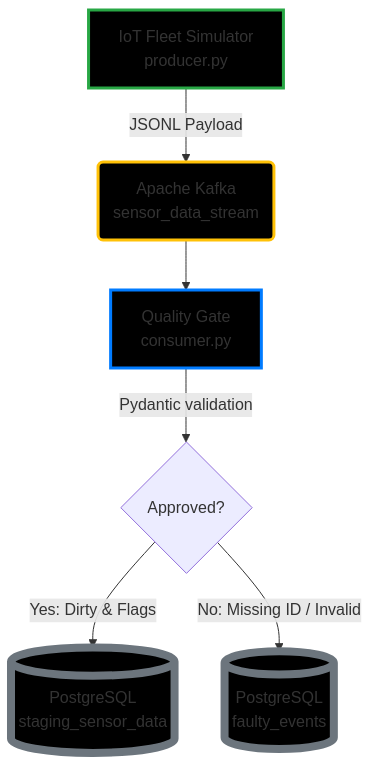
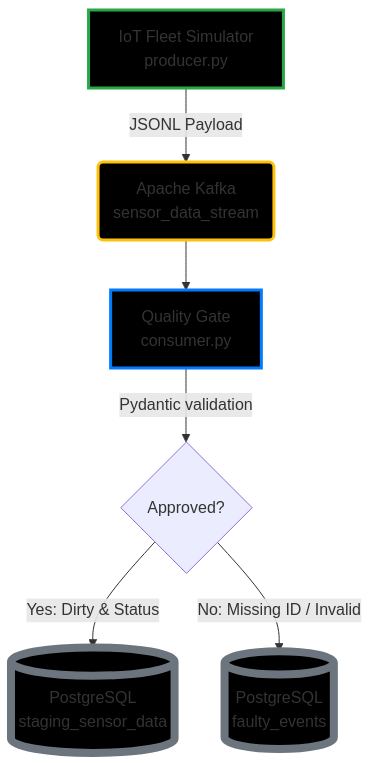
Before and after one commit to JohnnyHyytiainen/group_project_dataplatform: the diagram in docs/diagrams/architecture_BRONZE.mmd, drawn with Mermaid. The commit also changed 1 other file, not shown here.

Commit message:
docs(flowchart) DO NOT WORK IN MAIN. Quick fix of flowcharts for presentation ONLY! DO NOT WORK IN MAIN!

```diff
--- a/docs/diagrams/architecture_BRONZE.mmd
+++ b/docs/diagrams/architecture_BRONZE.mmd
@@ -1,18 +1,18 @@
 graph TD
     A[IoT Fleet Simulator<br/>producer.py] -->|JSONL Payload| B(Apache Kafka<br/>sensor_data_stream)
     B --> C[Quality Gate<br/>consumer.py]
     
     C -->|Pydantic validation| D{Approved?}
     
-    D -->|Yes: Dirty & Flags| E[(PostgreSQL<br/>staging_sensor_data)]
+    D -->|Yes: Dirty & Status| E[(PostgreSQL<br/>staging_sensor_data)]
     D -->|No: Missing ID / Invalid| F[(PostgreSQL<br/>faulty_events)]
     
     classDef producer fill:#000,stroke:#28a745,stroke-width:3px;
     classDef broker fill:#000,stroke:#ffc107,stroke-width:3px;
     classDef consumer fill:#000,stroke:#007bff,stroke-width:3px;
     classDef db fill:#000,stroke:#6c757d,stroke-width:8px;
     
     class A producer;
     class B broker;
     class C consumer;
     class E,F db;
```
